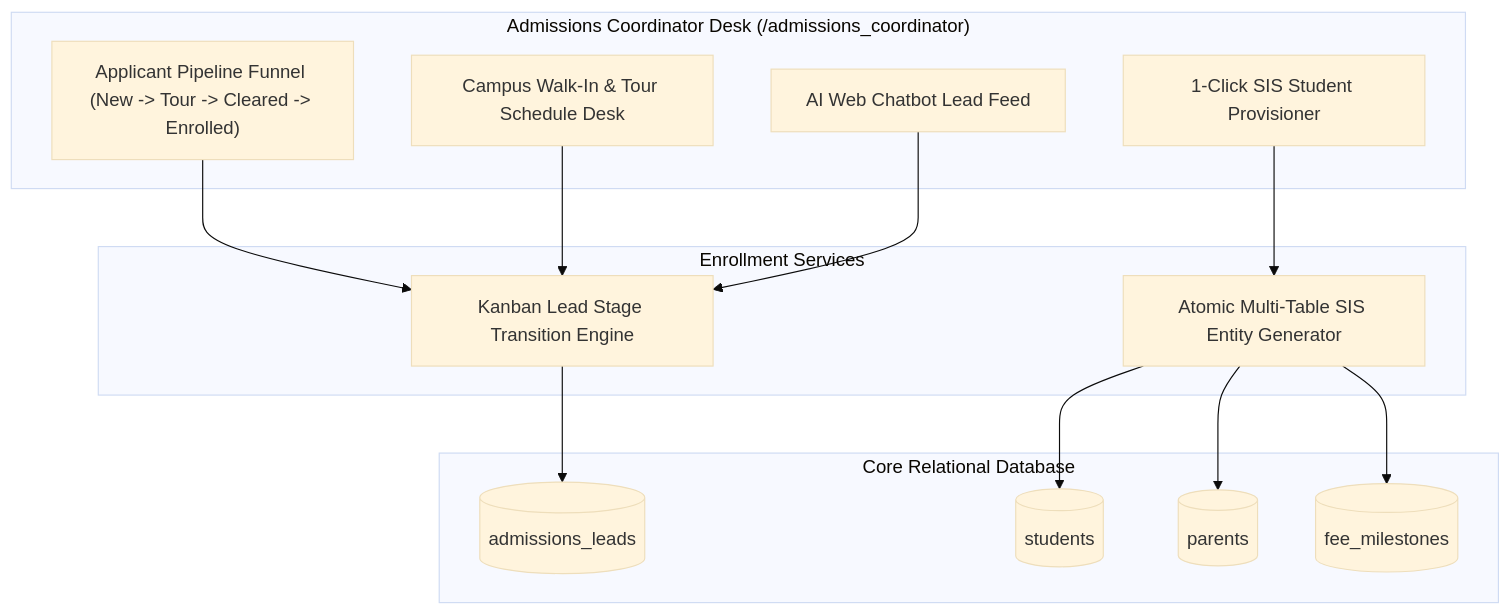
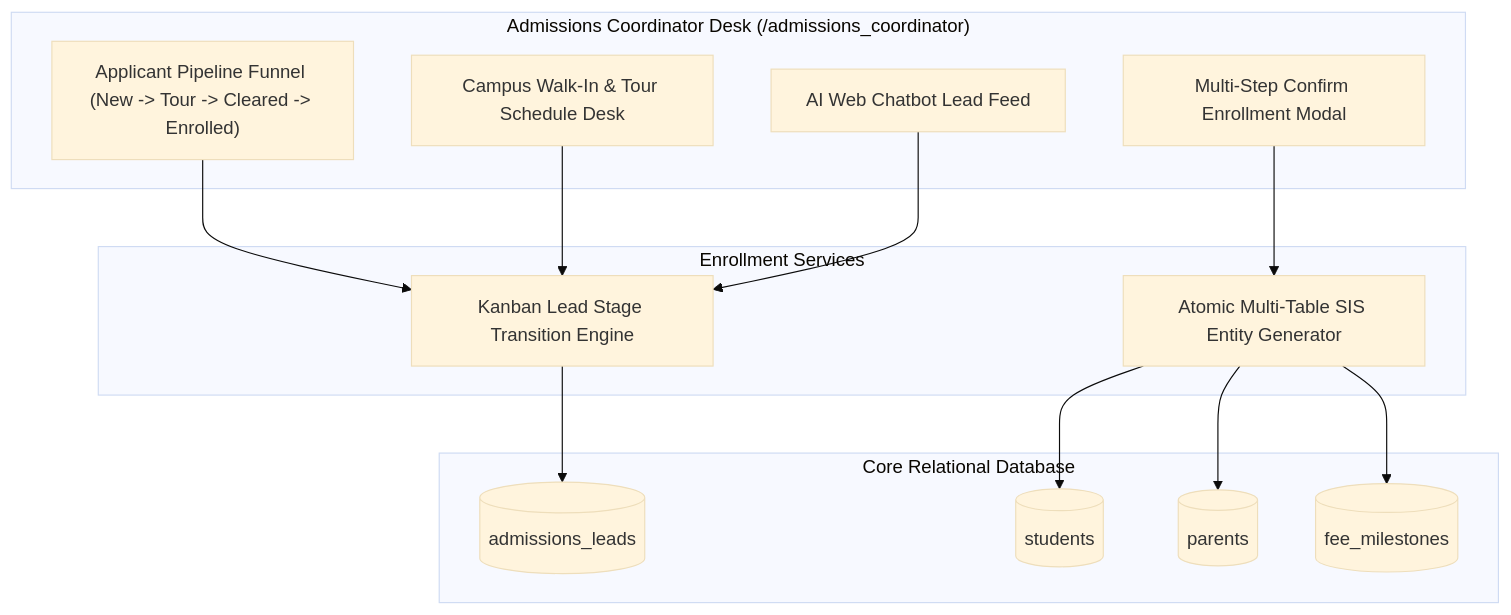
Before and after one commit to DiradzProducts/EDU360: diagram 13 of 19 in docs/architecture/ROLE_WISE_ARCHITECTURE_AND_WORKFLOWS.md, drawn with Mermaid (base theme). The commit also changed other lines of this file and 6 other files, not shown here.

Commit message:
docs(architecture): synchronize role-wise workflows with payroll LOP, batch exam schedules, and clock engine (v8.5)

````diff
--- a/docs/architecture/ROLE_WISE_ARCHITECTURE_AND_WORKFLOWS.md
+++ b/docs/architecture/ROLE_WISE_ARCHITECTURE_AND_WORKFLOWS.md
@@ -485,25 +543,25 @@
 ```mermaid
 graph TD
     subgraph AdmissionsDesk ["Admissions Coordinator Desk (/admissions_coordinator)"]
         UI_KANBAN["Applicant Pipeline Funnel (New -> Tour -> Cleared -> Enrolled)"]
         UI_TOURS["Campus Walk-In & Tour Schedule Desk"]
         UI_INQUIRY["AI Web Chatbot Lead Feed"]
-        UI_CONVERT["1-Click SIS Student Provisioner"]
+        UI_ENROLL_MODAL["Multi-Step Confirm Enrollment Modal"]
     end
 
     subgraph AdmissionsServices ["Enrollment Services"]
         LEAD_ORCH["Kanban Lead Stage Transition Engine"]
         PROVISION_ENGINE["Atomic Multi-Table SIS Entity Generator"]
     end
 
     subgraph TargetSISSchema ["Core Relational Database"]
         DB_LEADS[("admissions_leads")]
         DB_STUDENTS[("students")]
         DB_PARENTS[("parents")]
         DB_FEES[("fee_milestones")]
     end
 
     UI_KANBAN & UI_TOURS & UI_INQUIRY --> LEAD_ORCH --> DB_LEADS
-    UI_CONVERT --> PROVISION_ENGINE
+    UI_ENROLL_MODAL --> PROVISION_ENGINE
     PROVISION_ENGINE --> DB_STUDENTS & DB_PARENTS & DB_FEES
 ```
````
